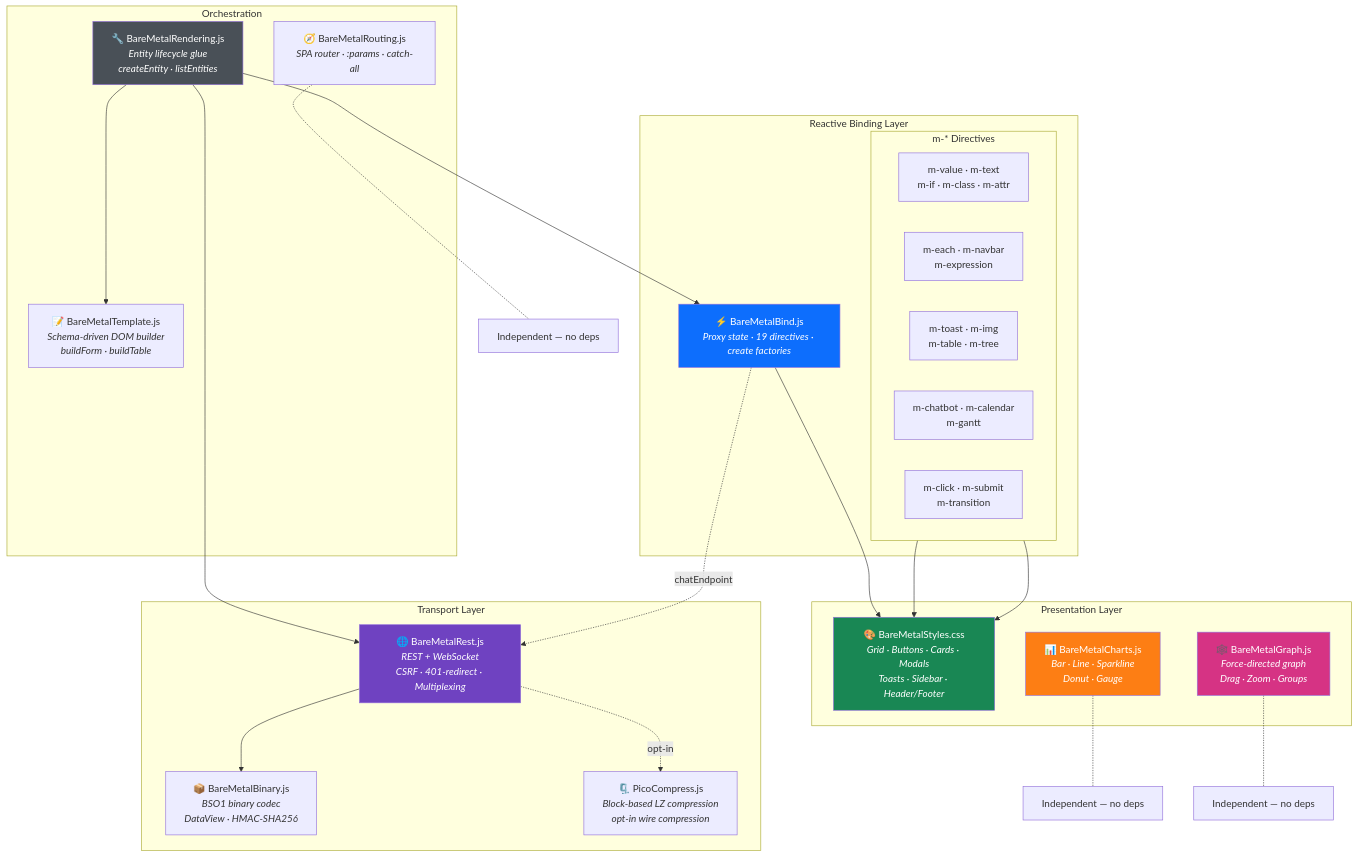
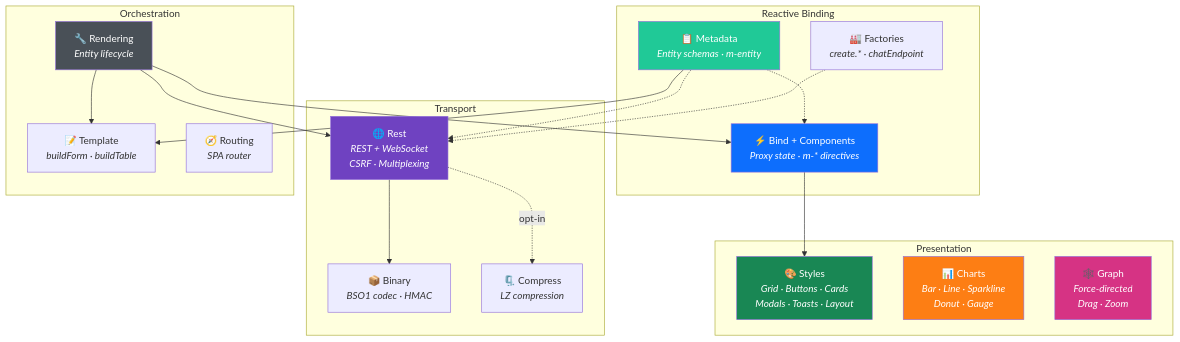
The diagram in README.md (WillEastbury/BareMetalJsTools), drawn with Mermaid before and after one commit. The commit also changed other lines of this file and 5 other files, not shown here.

First line of the commit message:
Add Metadata tests/docs, m-entity directive, rework README

````diff
--- a/README.md
+++ b/README.md
@@ -26,57 +35,45 @@
 ```mermaid
 graph TB
-  subgraph "Presentation Layer"
-    Styles["🎨 BareMetalStyles.css<br/><i>Grid · Buttons · Cards · Modals<br/>Toasts · Sidebar · Header/Footer</i>"]
-    Charts["📊 BareMetalCharts.js<br/><i>Bar · Line · Sparkline<br/>Donut · Gauge</i>"]
-    Graph["🕸️ BareMetalGraph.js<br/><i>Force-directed graph<br/>Drag · Zoom · Groups</i>"]
+  subgraph "Presentation"
+    Styles["🎨 Styles<br/><i>Grid · Buttons · Cards<br/>Modals · Toasts · Layout</i>"]
+    Charts["📊 Charts<br/><i>Bar · Line · Sparkline<br/>Donut · Gauge</i>"]
+    Graph["🕸️ Graph<br/><i>Force-directed<br/>Drag · Zoom</i>"]
   end
 
-  subgraph "Reactive Binding Layer"
-    Bind["⚡ BareMetalBind.js<br/><i>Proxy state · 19 directives · create factories</i>"]
-    subgraph "m-* Directives"
-      direction LR
-      Core["m-value · m-text<br/>m-if · m-class · m-attr"]
-      Lists["m-each · m-navbar<br/>m-expression"]
-      UI["m-toast · m-img<br/>m-table · m-tree"]
-      Rich["m-chatbot · m-calendar<br/>m-gantt"]
-      Events["m-click · m-submit<br/>m-transition"]
-    end
+  subgraph "Reactive Binding"
+    Bind["⚡ Bind + Components<br/><i>Proxy state · m-* directives</i>"]
+    Factories["🏭 Factories<br/><i>create.* · chatEndpoint</i>"]
+    Metadata["📋 Metadata<br/><i>Entity schemas · m-entity</i>"]
   end
 
-  subgraph "Transport Layer"
-    Rest["🌐 BareMetalRest.js<br/><i>REST + WebSocket<br/>CSRF · 401-redirect · Multiplexing</i>"]
-    Binary["📦 BareMetalBinary.js<br/><i>BSO1 binary codec<br/>DataView · HMAC-SHA256</i>"]
-    Pico["🗜️ PicoCompress.js<br/><i>Block-based LZ compression<br/>opt-in wire compression</i>"]
+  subgraph "Transport"
+    Rest["🌐 Rest<br/><i>REST + WebSocket<br/>CSRF · Multiplexing</i>"]
+    Binary["📦 Binary<br/><i>BSO1 codec · HMAC</i>"]
+    Compress["🗜️ Compress<br/><i>LZ compression</i>"]
   end
 
   subgraph "Orchestration"
-    Rendering["🔧 BareMetalRendering.js<br/><i>Entity lifecycle glue<br/>createEntity · listEntities</i>"]
-    Template["📝 BareMetalTemplate.js<br/><i>Schema-driven DOM builder<br/>buildForm · buildTable</i>"]
-    Routing["🧭 BareMetalRouting.js<br/><i>SPA router · :params · catch-all</i>"]
+    Rendering["🔧 Rendering<br/><i>Entity lifecycle</i>"]
+    Template["📝 Template<br/><i>buildForm · buildTable</i>"]
+    Routing["🧭 Routing<br/><i>SPA router</i>"]
   end
 
-  %% Dependencies
   Rendering --> Bind
   Rendering --> Template
   Rendering --> Rest
+  Metadata --> Template
+  Metadata -.-> Bind
+  Metadata -.-> Rest
   Rest --> Binary
-  Rest -.->|opt-in| Pico
-  Bind -.->|chatEndpoint| Rest
-
-  %% Styling uses
+  Rest -.->|opt-in| Compress
+  Factories -.-> Rest
   Bind --> Styles
-  UI --> Styles
-  Rich --> Styles
-
-  %% Standalone
-  Routing -.- Standalone["Independent — no deps"]
-  Charts -.- Standalone2["Independent — no deps"]
-  Graph -.- Standalone3["Independent — no deps"]
 
   style Bind fill:#0d6efd,color:#fff
   style Styles fill:#198754,color:#fff
   style Rest fill:#6f42c1,color:#fff
   style Charts fill:#fd7e14,color:#fff
   style Graph fill:#d63384,color:#fff
   style Rendering fill:#495057,color:#fff
+  style Metadata fill:#20c997,color:#fff
 ```
````
